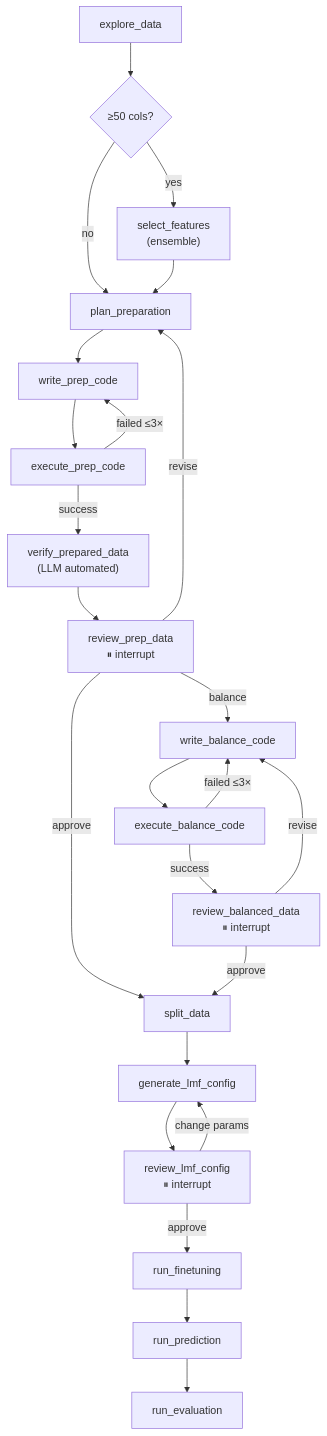
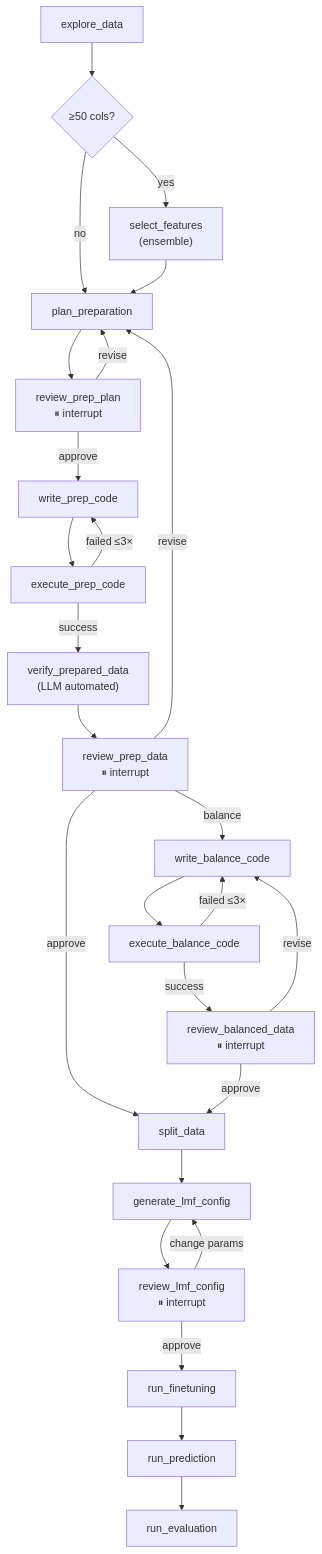
One commit to Qingtian-Zou/auto-llm-predictor changed the diagram in README.md. Above: the diagram before and after it, drawn with Mermaid. The commit also changed other lines of this file and 10 other files, not shown here.

````diff
--- a/README.md
+++ b/README.md
@@ -7,26 +7,28 @@
 ```mermaid
 graph TD
     A["explore_data"] --> B{"≥50 cols?"}
     B -->|yes| FS["select_features<br/>(ensemble)"]
     B -->|no| C["plan_preparation"]
     FS --> C
-    C --> D["write_prep_code"]
+    C --> RP["review_prep_plan<br/>⏸ interrupt"]
+    RP -->|approve| D["write_prep_code"]
+    RP -->|revise| C
     D --> E["execute_prep_code"]
     E -->|failed ≤3×| D
     E -->|success| V["verify_prepared_data<br/>(LLM automated)"]
     V --> R1["review_prep_data<br/>⏸ interrupt"]
     R1 -->|approve| S["split_data"]
     R1 -->|balance| WB["write_balance_code"]
     R1 -->|revise| C
     WB --> EB["execute_balance_code"]
     EB -->|failed ≤3×| WB
     EB -->|success| RB["review_balanced_data<br/>⏸ interrupt"]
     RB -->|approve| S
     RB -->|revise| WB
     S --> F["generate_lmf_config"]
     F --> R2["review_lmf_config<br/>⏸ interrupt"]
     R2 -->|approve| G["run_finetuning"]
     R2 -->|change params| F
     G --> H["run_prediction"]
     H --> I["run_evaluation"]
 ```
````
